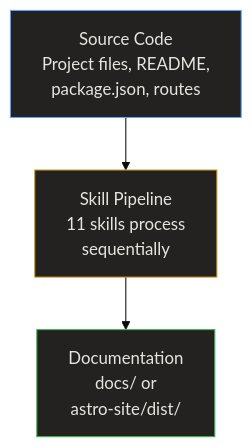
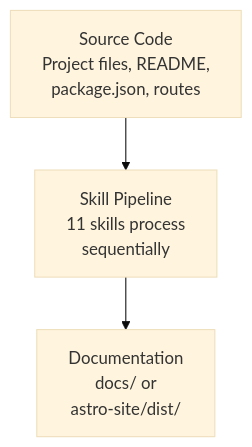
One commit to relukdev/doc-kit changed the first of 3 diagrams in astro-site/src/content/docs/data-flow.md. Above: the diagram before and after it, drawn with Mermaid (base theme). The commit also changed other lines of this file and 48 other files, not shown here.

First line of the commit message:
fix: remove hard-coded Mermaid dark-mode colors, use native themes for light/dark

````diff
--- a/astro-site/src/content/docs/data-flow.md
+++ b/astro-site/src/content/docs/data-flow.md
@@ -19,12 +19,9 @@
 ```mermaid
 graph TB
-    style Input fill:#232221,stroke:#60A5FA,color:#E8E5DF
-    style Process fill:#232221,stroke:#d29922,color:#E8E5DF
-    style Output fill:#232221,stroke:#3fb950,color:#E8E5DF
 
     Input["Source Code\nProject files, README,\npackage.json, routes"]
     Process["Skill Pipeline\n11 skills process\nsequentially"]
     Output["Documentation\ndocs/ or\nastro-site/dist/"]
 
     Input --> Process --> Output
 ```
````
